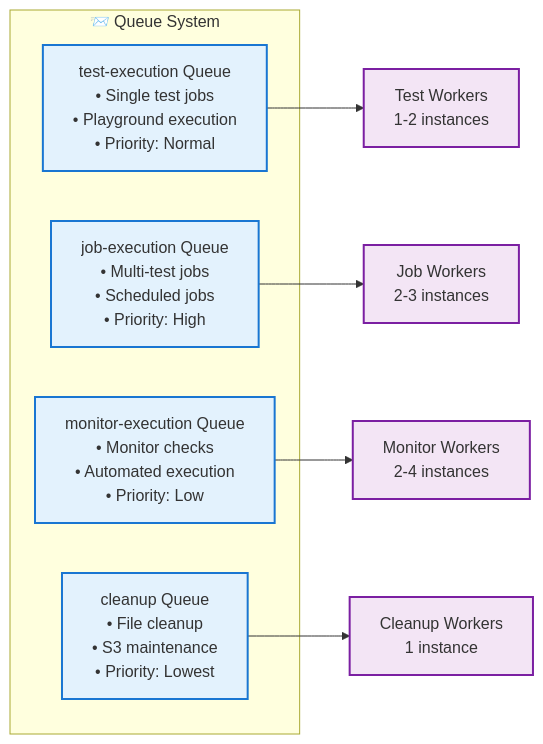
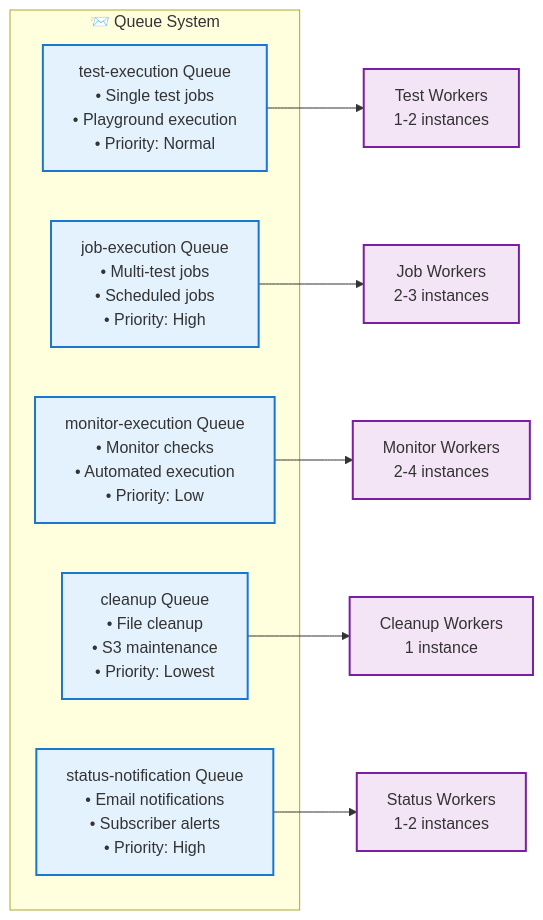
The eighth of 10 diagrams in specs/CORE_SERVICE_INTERACTIONS.md (supercheck-io/supercheck-core), drawn with Mermaid before and after one commit. The commit also changed other lines of this file and 12 other files, not shown here.

````diff
--- a/specs/CORE_SERVICE_INTERACTIONS.md
+++ b/specs/CORE_SERVICE_INTERACTIONS.md
@@ -331,20 +508,22 @@
 ```mermaid
 graph LR
     subgraph "📨 Queue System"
         Q1[test-execution Queue<br/>• Single test jobs<br/>• Playground execution<br/>• Priority: Normal]
         Q2[job-execution Queue<br/>• Multi-test jobs<br/>• Scheduled jobs<br/>• Priority: High]
         Q3[monitor-execution Queue<br/>• Monitor checks<br/>• Automated execution<br/>• Priority: Low]
         Q4[cleanup Queue<br/>• File cleanup<br/>• S3 maintenance<br/>• Priority: Lowest]
+        Q5[status-notification Queue<br/>• Email notifications<br/>• Subscriber alerts<br/>• Priority: High]
     end
 
     Q1 --> W1[Test Workers<br/>1-2 instances]
     Q2 --> W2[Job Workers<br/>2-3 instances]
     Q3 --> W3[Monitor Workers<br/>2-4 instances]
     Q4 --> W4[Cleanup Workers<br/>1 instance]
+    Q5 --> W5[Status Workers<br/>1-2 instances]
 
     classDef queue fill:#e3f2fd,stroke:#1976d2,stroke-width:2px
     classDef worker fill:#f3e5f5,stroke:#7b1fa2,stroke-width:2px
 
-    class Q1,Q2,Q3,Q4 queue
-    class W1,W2,W3,W4 worker
+    class Q1,Q2,Q3,Q4,Q5 queue
+    class W1,W2,W3,W4,W5 worker
 ```
````
